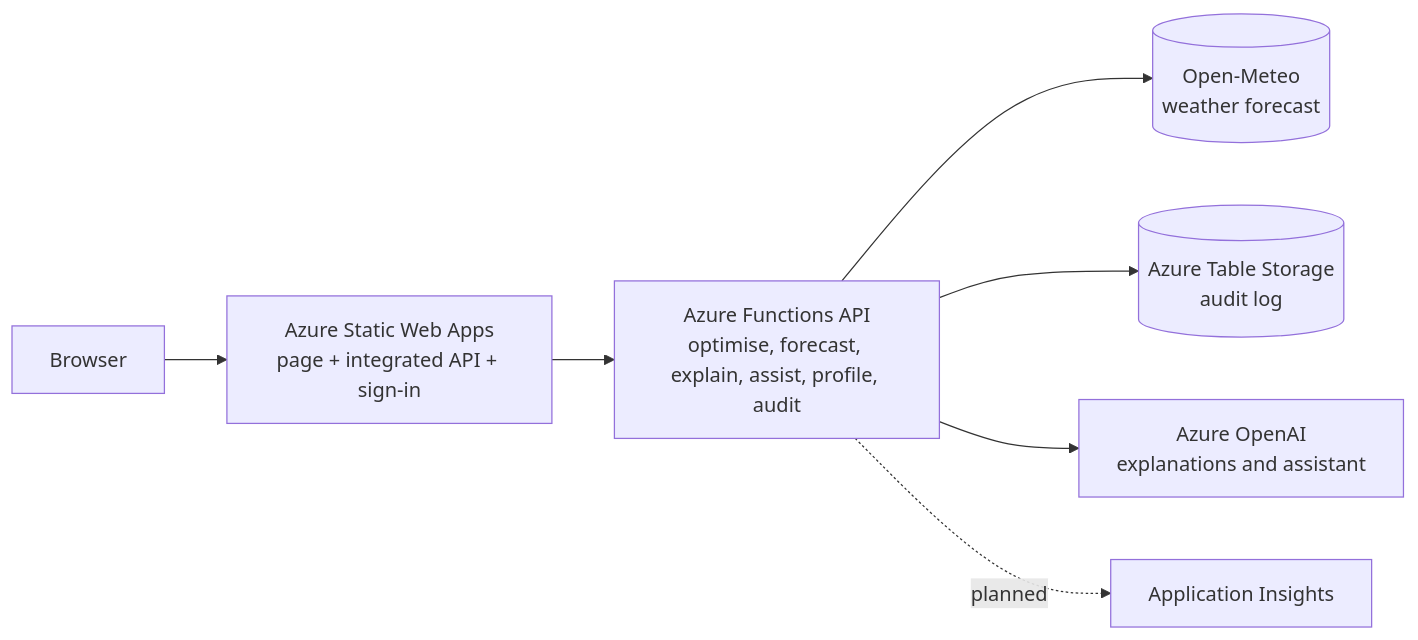
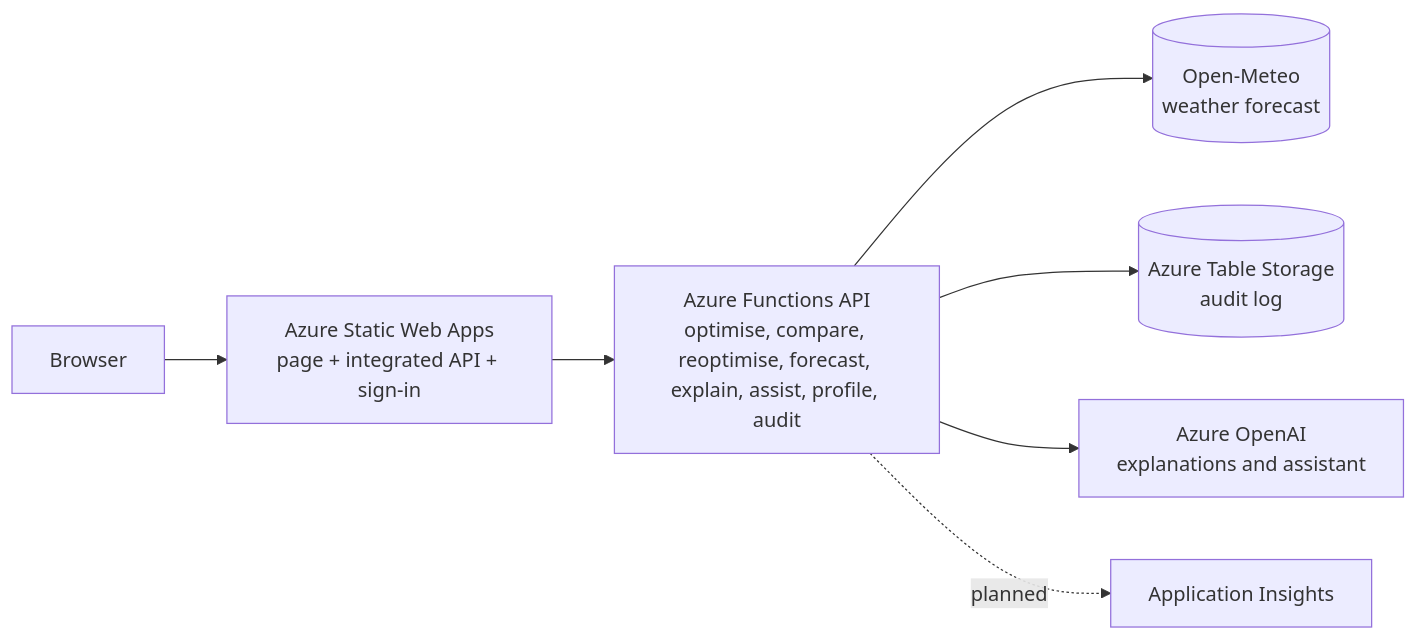
The diagram in README.md (Gohn905/AI4), drawn with Mermaid before and after one commit. The commit also changed other lines of this file, not shown here.

````diff
--- a/README.md
+++ b/README.md
@@ -19,9 +19,9 @@
 ```mermaid
 flowchart LR
   U[Browser] --> SWA[Azure Static Web Apps<br/>page + integrated API + sign-in]
-  SWA --> API[Azure Functions API<br/>optimise, forecast, explain, assist, profile, audit]
+  SWA --> API[Azure Functions API<br/>optimise, compare, reoptimise, forecast, explain, assist, profile, audit]
   API --> OM[(Open-Meteo<br/>weather forecast)]
   API --> TS[(Azure Table Storage<br/>audit log)]
   API --> AI[Azure OpenAI<br/>explanations and assistant]
   API -.planned.-> AIN[Application Insights]
 ```
````
